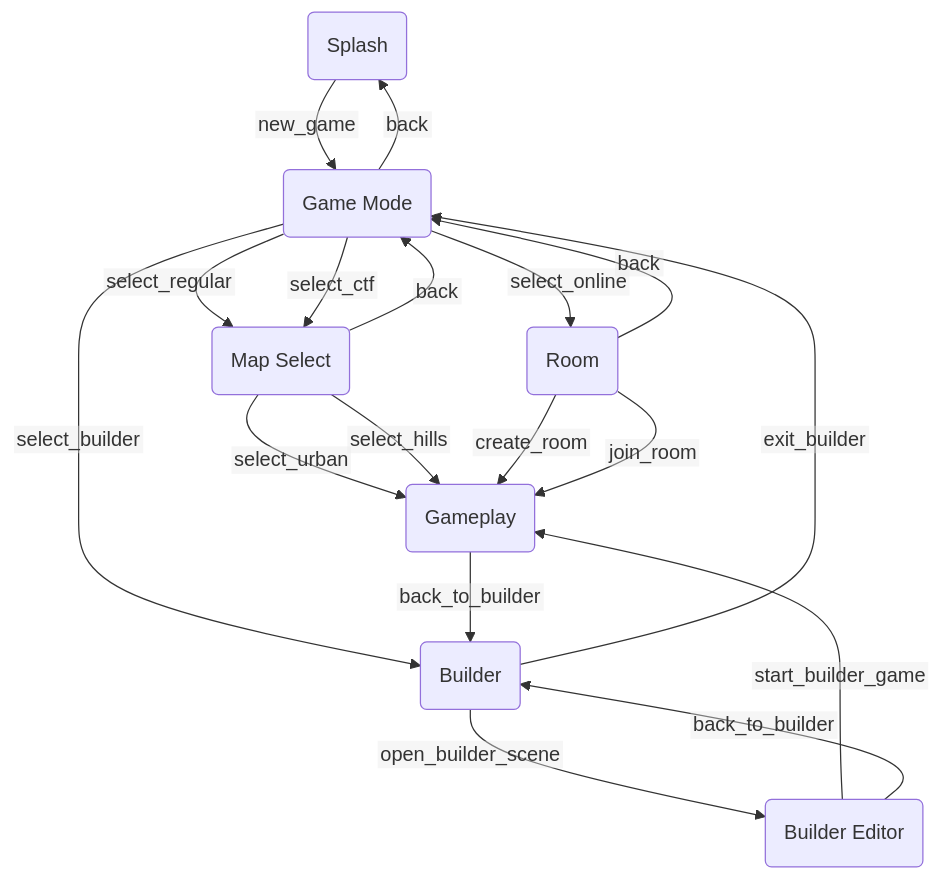
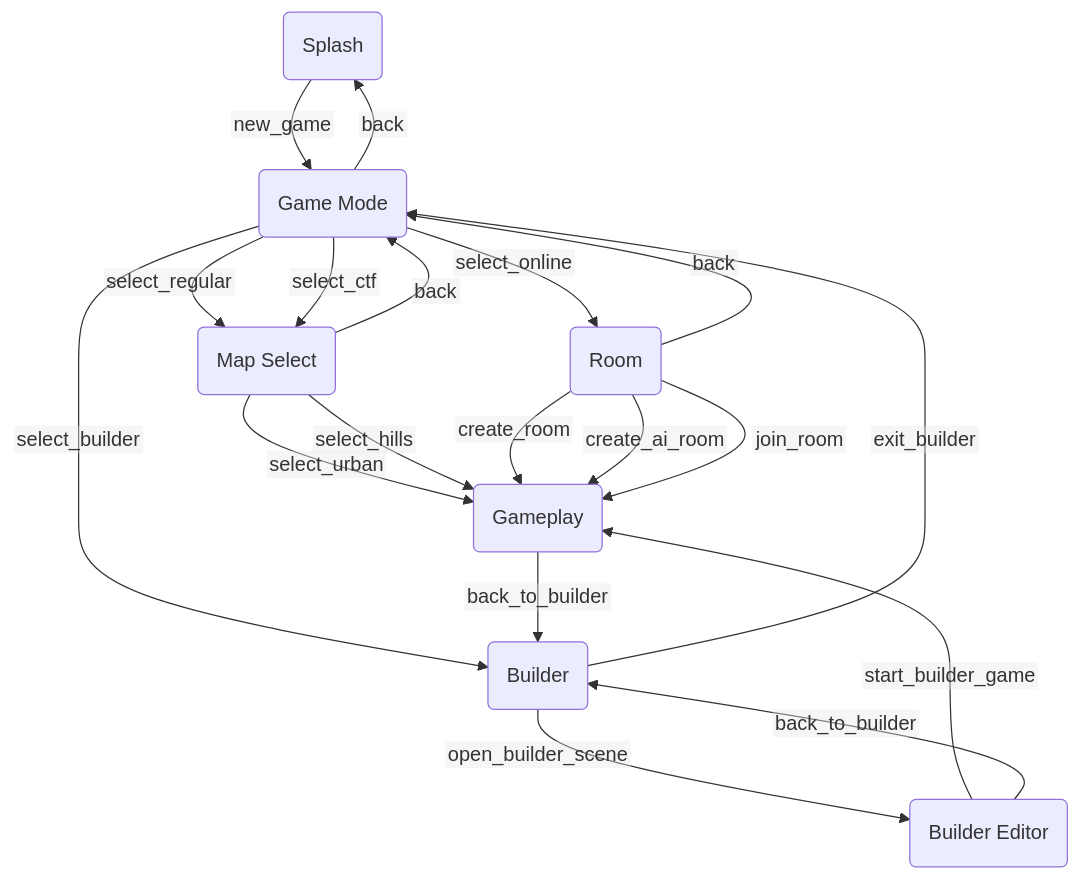
Before and after one commit to TheDeepestSpace/tbgwaf: the second of 2 diagrams in README.md, drawn with Mermaid. The commit also changed 17 other files, not shown here.

````diff
--- a/README.md
+++ b/README.md
@@ -543,28 +543,29 @@
 ```mermaid
 %%{init: {"flowchart": {"htmlLabels": false}, "themeVariables": {"fontFamily": "Arial, sans-serif"}}}%%
 flowchart TD
     splash("  Splash  ")
     game_mode("  Game Mode  ")
     map_select("  Map Select  ")
     builder("  Builder  ")
     builder_edit("  Builder Editor  ")
     room("  Room  ")
     gameplay("  Gameplay  ")
     splash -->|new_game| game_mode
     game_mode -->|select_regular| map_select
     game_mode -->|select_ctf| map_select
     game_mode -->|select_builder| builder
     game_mode -->|select_online| room
     game_mode -->|back| splash
     map_select -->|select_urban| gameplay
     map_select -->|select_hills| gameplay
     map_select -->|back| game_mode
     builder -->|open_builder_scene| builder_edit
     builder -->|exit_builder| game_mode
     builder_edit -->|start_builder_game| gameplay
     builder_edit -->|back_to_builder| builder
     gameplay -->|back_to_builder| builder
     room -->|create_room| gameplay
+    room -->|create_ai_room| gameplay
     room -->|join_room| gameplay
     room -->|back| game_mode
 ```
````
